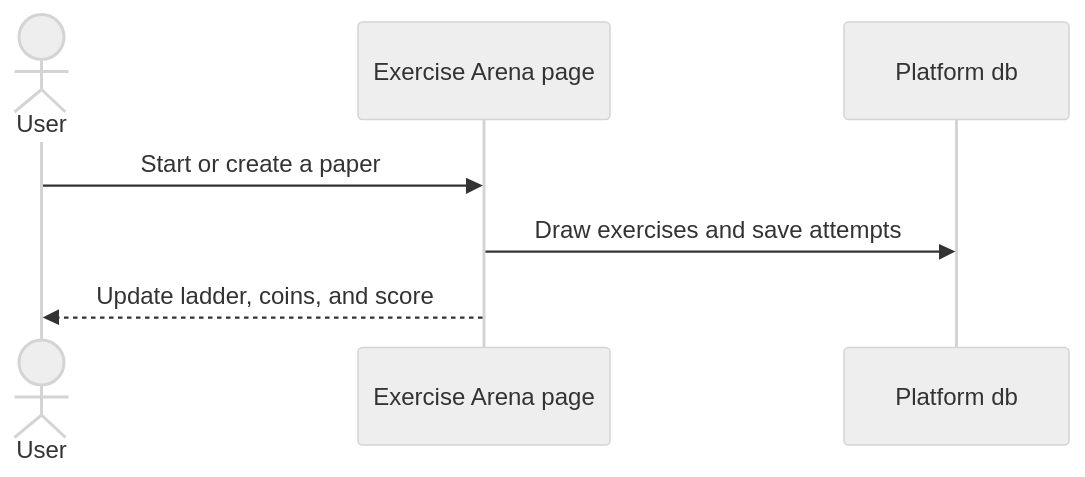
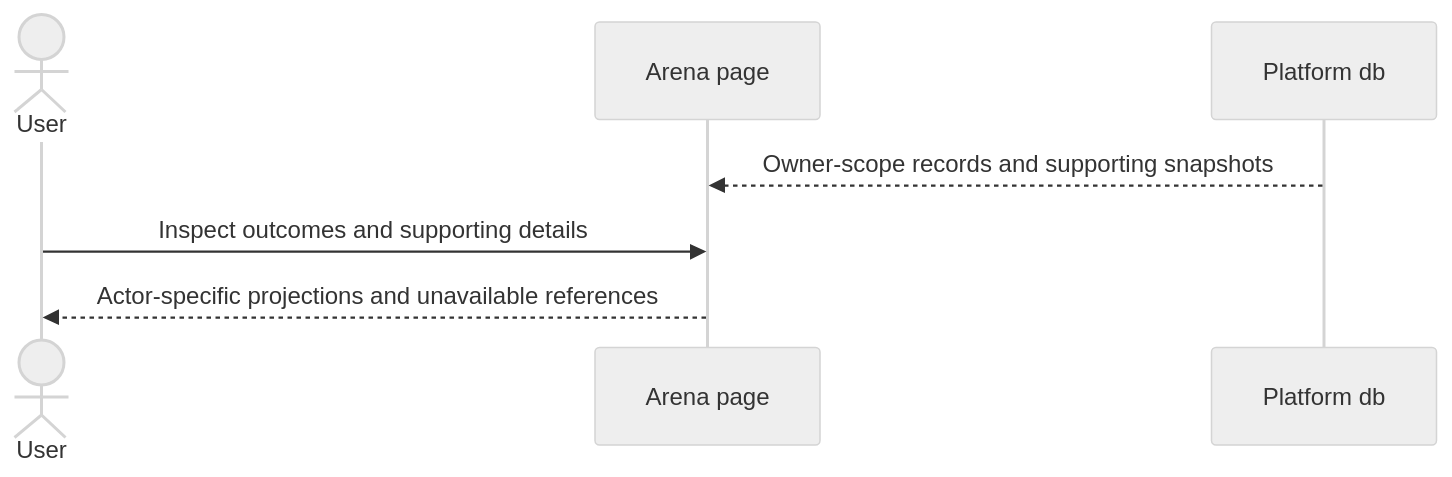
The ninth of 12 diagrams in model/arch/SCENARIO.md (lengthlong/exercise_arena), drawn with Mermaid (neutral theme) before and after one commit. The commit also changed other lines of this file and 27 other files, not shown here.

````diff
--- a/model/arch/SCENARIO.md
+++ b/model/arch/SCENARIO.md
@@ -27,9 +213,9 @@
 ```mermaid
 sequenceDiagram
     actor U as User
-    participant P as Exercise Arena page
+    participant P as Arena page
     participant D as Platform db
-    U->>P: Start or create a paper
-    P->>D: Draw exercises and save attempts
-    P-->>U: Update ladder, coins, and score
+    D-->>P: Owner-scope records and supporting snapshots
+    U->>P: Inspect outcomes and supporting details
+    P-->>U: Actor-specific projections and unavailable references
 ```
````
